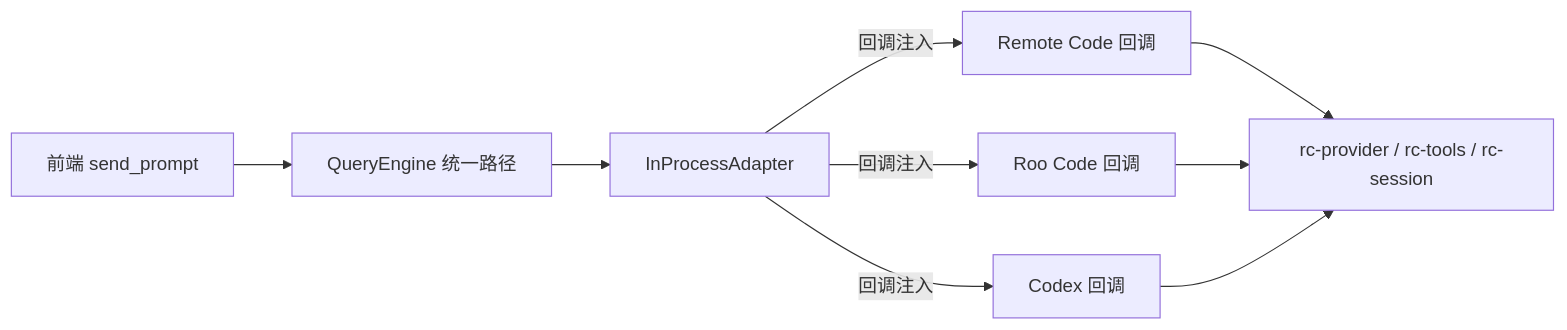
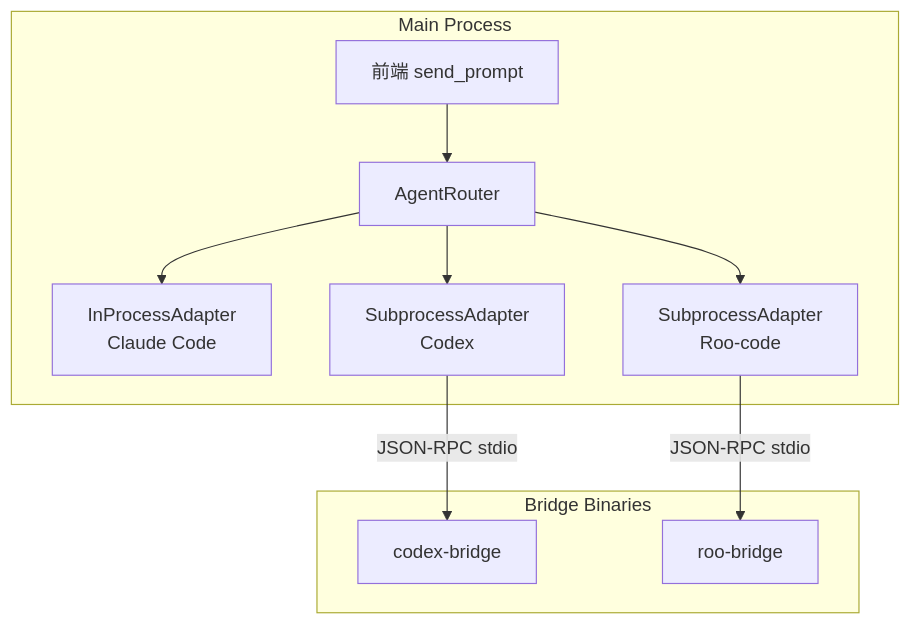
One commit to yanzhi0922/remote-code-rust changed the diagram in README.md. Above: the diagram before and after it, drawn with Mermaid. The commit also changed other lines of this file and 44 other files, not shown here.

First line of the commit message:
feat: implement three-agent independent binary architecture

````diff
--- a/README.md
+++ b/README.md
@@ -333,11 +331,22 @@
 ```mermaid
-graph LR
-    UI[前端 send_prompt] --> QE[QueryEngine 统一路径]
-    QE --> IPA[InProcessAdapter]
-    IPA -->|回调注入| RC[Remote Code 回调]
-    IPA -->|回调注入| ROO[Roo Code 回调]
-    IPA -->|回调注入| CX[Codex 回调]
-    RC --> CORE[rc-provider / rc-tools / rc-session]
-    ROO --> CORE
-    CX --> CORE
+graph TB
+    subgraph Main Process
+        UI[前端 send_prompt]
+        ROUTER[AgentRouter]
+        IPA[InProcessAdapter<br/>Claude Code]
+        SA_CX[SubprocessAdapter<br/>Codex]
+        SA_ROO[SubprocessAdapter<br/>Roo-code]
+    end
+
+    subgraph Bridge Binaries
+        CX_BRIDGE[codex-bridge]
+        ROO_BRIDGE[roo-bridge]
+    end
+
+    UI --> ROUTER
+    ROUTER --> IPA
+    ROUTER --> SA_CX
+    ROUTER --> SA_ROO
+    SA_CX -->|JSON-RPC stdio| CX_BRIDGE
+    SA_ROO -->|JSON-RPC stdio| ROO_BRIDGE
 ```
````
